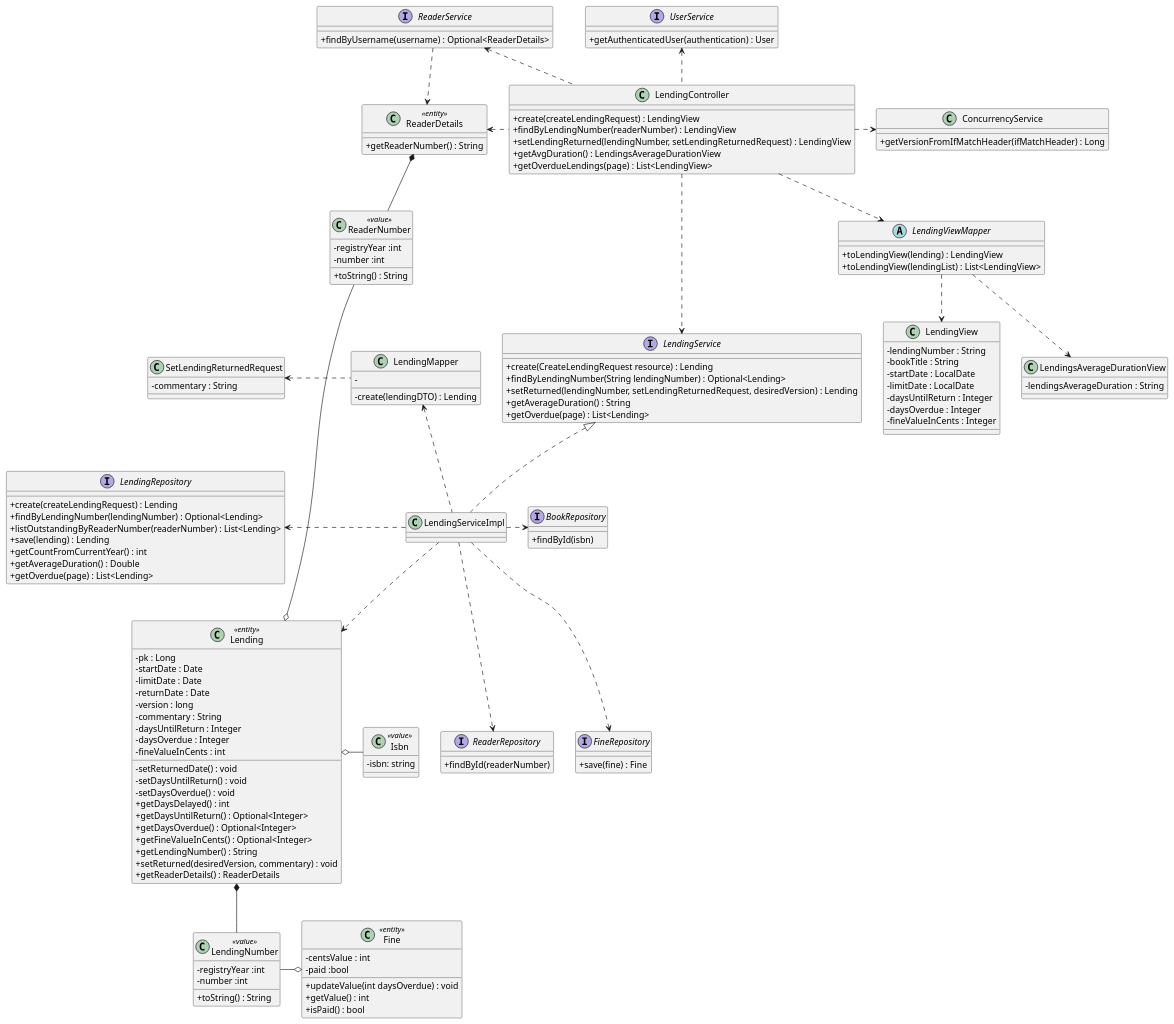
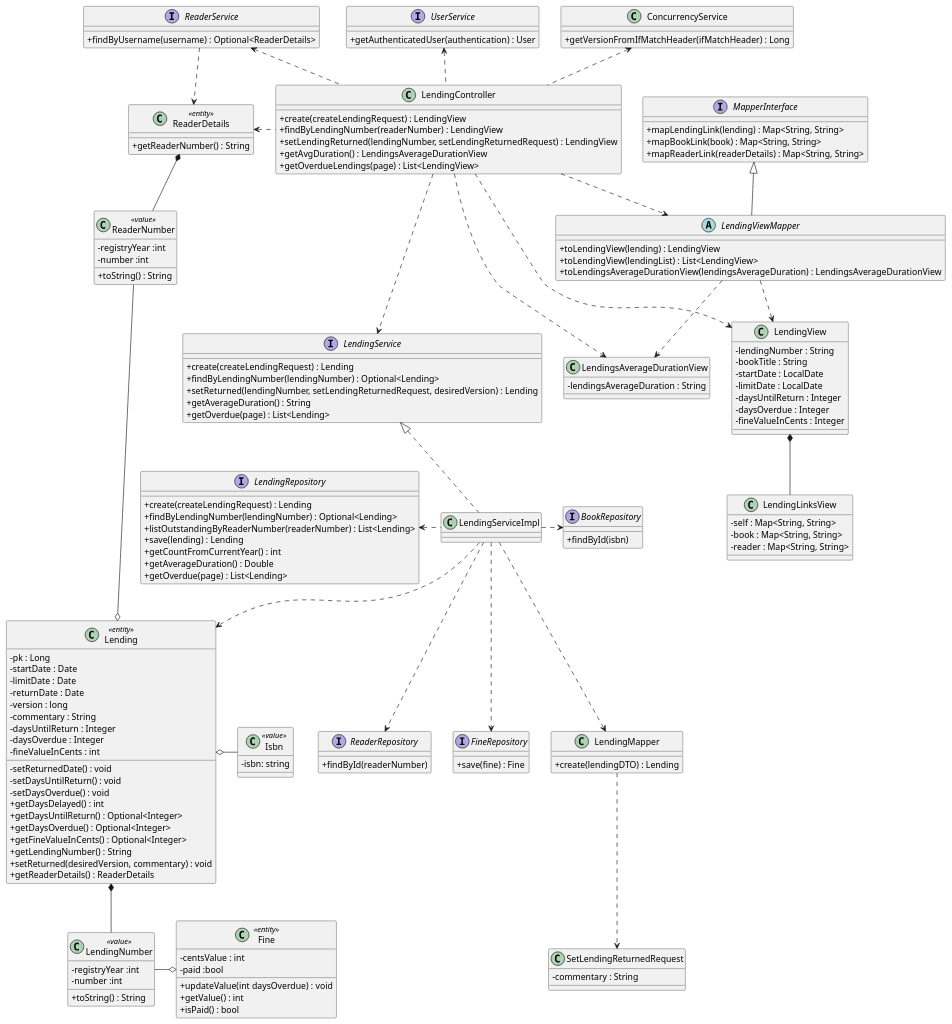
Before and after one commit to rutemf/1220944_1220772_G01: the diagram in Docs/Phase2/WP4B-Lendings/WP4B-Lendings-CD.puml, drawn with PlantUML. The commit also changed 15 other files, not shown here.

```diff
--- a/Docs/Phase2/WP4B-Lendings/WP4B-Lendings-CD.puml
+++ b/Docs/Phase2/WP4B-Lendings/WP4B-Lendings-CD.puml
@@ -1,170 +1,185 @@
 @startuml
 
 'hide circle
 skinparam classAttributeIconSize 0
 
 class LendingController {
     + create(createLendingRequest) : LendingView
     + findByLendingNumber(readerNumber) : LendingView
     + setLendingReturned(lendingNumber, setLendingReturnedRequest) : LendingView
     + getAvgDuration() : LendingsAverageDurationView
     + getOverdueLendings(page) : List<LendingView>
 }
 
-abstract class LendingViewMapper {
+interface MapperInterface {
+    + mapLendingLink(lending) : Map<String, String>
+    + mapBookLink(book) : Map<String, String>
+    + mapReaderLink(readerDetails) : Map<String, String>
+}
+
+abstract class LendingViewMapper extends MapperInterface{
     + toLendingView(lending) : LendingView
     + toLendingView(lendingList) : List<LendingView>
+    + toLendingsAverageDurationView(lendingsAverageDuration) : LendingsAverageDurationView
 }
 
 class LendingView {
     - lendingNumber : String
     - bookTitle : String
     - startDate : LocalDate
     - limitDate : LocalDate
     - daysUntilReturn : Integer
     - daysOverdue : Integer
     - fineValueInCents : Integer
 }
 
+class LendingLinksView {
+    - self : Map<String, String>
+    - book : Map<String, String>
+    - reader : Map<String, String>
+}
+
+LendingView *-- LendingLinksView
+
 class LendingsAverageDurationView {
     - lendingsAverageDuration : String
 }
 
 interface LendingService {
-    + create(CreateLendingRequest resource) : Lending
-    + findByLendingNumber(String lendingNumber) : Optional<Lending>
+    + create(createLendingRequest) : Lending
+    + findByLendingNumber(lendingNumber) : Optional<Lending>
     + setReturned(lendingNumber, setLendingReturnedRequest, desiredVersion) : Lending
     + getAverageDuration() : String
     + getOverdue(page) : List<Lending>
 }
 
 class LendingServiceImpl implements LendingService{
 }
 
 interface UserService {
     + getAuthenticatedUser(authentication) : User
 }
 
 interface ReaderService {
     + findByUsername(username) : Optional<ReaderDetails>
 }
 
 class ConcurrencyService {
     + getVersionFromIfMatchHeader(ifMatchHeader) : Long
 }
 
 
 interface LendingRepository {
     + create(createLendingRequest) : Lending
     + findByLendingNumber(lendingNumber) : Optional<Lending>
     + listOutstandingByReaderNumber(readerNumber) : List<Lending>
     + save(lending) : Lending
     + getCountFromCurrentYear() : int
     + getAverageDuration() : Double
     + getOverdue(page) : List<Lending>
 }
 
 
 interface ReaderRepository {
     + findById(readerNumber)
 }
 
 interface BookRepository {
     + findById(isbn)
 }
 
 interface FineRepository {
     + save(fine) : Fine
 }
 
 class Lending <<entity>>{
     - pk : Long
     - startDate : Date
     - limitDate : Date
     - returnDate : Date
     - version : long
     - commentary : String
     - daysUntilReturn : Integer
     - daysOverdue : Integer
     - fineValueInCents : int
 
     - setReturnedDate() : void
     - setDaysUntilReturn() : void
     - setDaysOverdue() : void
     + getDaysDelayed() : int
     + getDaysUntilReturn() : Optional<Integer>
     + getDaysOverdue() : Optional<Integer>
     + getFineValueInCents() : Optional<Integer>
     + getLendingNumber() : String
     + setReturned(desiredVersion, commentary) : void
     + getReaderDetails() : ReaderDetails
 }
 
 class LendingNumber <<value>> {
     - registryYear :int
     - number :int
     + toString() : String
 }
 
 class Isbn <<value>>{
     - isbn: string
 }
 
 class ReaderDetails <<entity>>{
     + getReaderNumber() : String
 }
 
 class ReaderNumber <<value>>{
     - registryYear :int
     - number :int
     + toString() : String
 }
 
 class Fine <<entity>>{
     - centsValue : int
     - paid :bool
     + updateValue(int daysOverdue) : void
     + getValue() : int
     + isPaid() : bool
 }
 
 class SetLendingReturnedRequest{
     - commentary : String
 }
 
 class LendingMapper{
-    - create(lendingDTO) : Lending
-    -
-
+    + create(lendingDTO) : Lending
 }
 
 
 Lending o- Isbn
 Lending o-left- ReaderNumber
 Lending *-down- LendingNumber
 LendingNumber -right-o Fine
 ReaderDetails *- ReaderNumber
 
 LendingController ..> LendingViewMapper
+LendingController ..> LendingView
+LendingController ..> LendingsAverageDurationView
 LendingController ...> LendingService
 LendingController .up.> UserService
 LendingController .left.> ReaderService
-LendingController .> ConcurrencyService
+LendingController .up.> ConcurrencyService
 
 LendingServiceImpl ..> Lending
 LendingServiceImpl ..> FineRepository
 
 ReaderService ..> ReaderDetails
 LendingController .left.> ReaderDetails
 
 LendingServiceImpl .left.> LendingRepository
 LendingServiceImpl ..> ReaderRepository
 LendingServiceImpl .right.> BookRepository
 
-LendingServiceImpl .up.> LendingMapper
-LendingMapper .left.> SetLendingReturnedRequest
+LendingServiceImpl .down.> LendingMapper
+LendingMapper .down.> SetLendingReturnedRequest
 
 LendingViewMapper ..> LendingView
 LendingViewMapper ..> LendingsAverageDurationView
 
 @enduml
```
